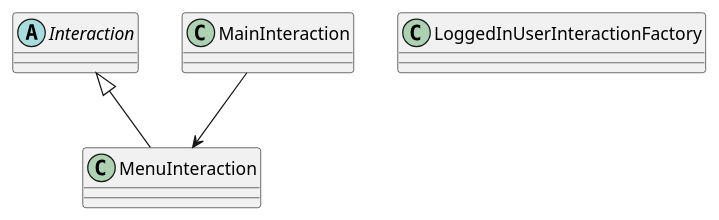
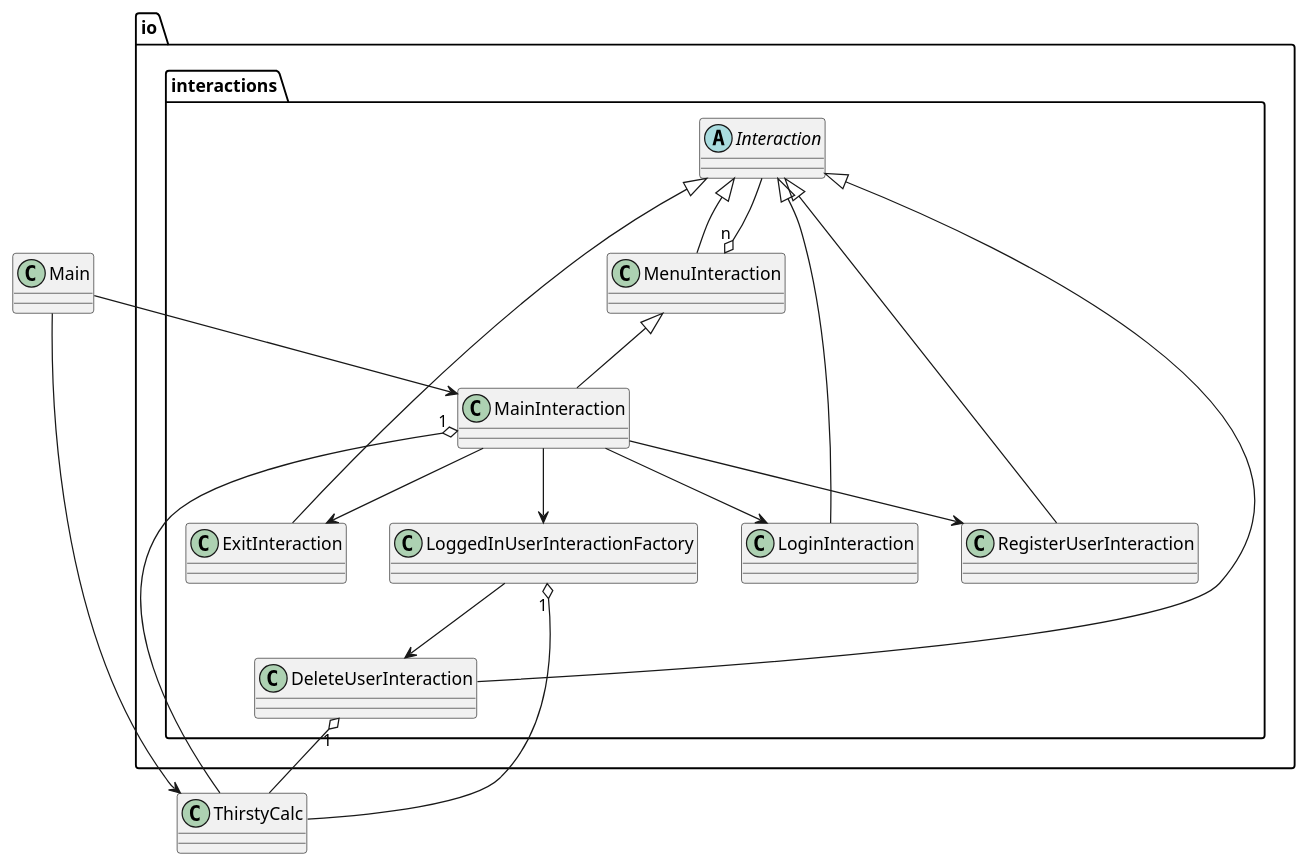
One commit to Puggingtons/Getraenkeabrechnung changed the diagram in docs/programmentwurf/softwarearchitektur/negative_dependency_rule.plantuml. Above: the diagram before and after it, drawn with PlantUML. The commit also changed 2 other files, not shown here.

```diff
--- a/docs/programmentwurf/softwarearchitektur/negative_dependency_rule.plantuml
+++ b/docs/programmentwurf/softwarearchitektur/negative_dependency_rule.plantuml
@@ -1,9 +1,31 @@
 @startuml
-abstract class Interaction
-class MenuInteraction extends Interaction
+class ThirstyCalc
+class Main
 
-class MainInteraction
+package io {
+    package interactions {
+        abstract class Interaction
+        class MenuInteraction extends Interaction
+        class MainInteraction extends MenuInteraction
+        class LoggedInUserInteractionFactory
+        class DeleteUserInteraction extends Interaction
+        class ExitInteraction extends Interaction
+        class LoginInteraction extends Interaction
+        class RegisterUserInteraction extends Interaction
+    }
+}
 
-MainInteraction --> MenuInteraction
-class LoggedInUserInteractionFactory
+Main --> MainInteraction
+Main --> ThirstyCalc
+
+MenuInteraction "n" o-- Interaction
+
+MainInteraction "1" o-- ThirstyCalc
+MainInteraction --> LoggedInUserInteractionFactory
+LoggedInUserInteractionFactory --> DeleteUserInteraction
+LoggedInUserInteractionFactory "1" o-- ThirstyCalc
+DeleteUserInteraction "1" o-- ThirstyCalc
+MainInteraction --> ExitInteraction
+MainInteraction --> LoginInteraction
+MainInteraction --> RegisterUserInteraction
 @enduml
```
